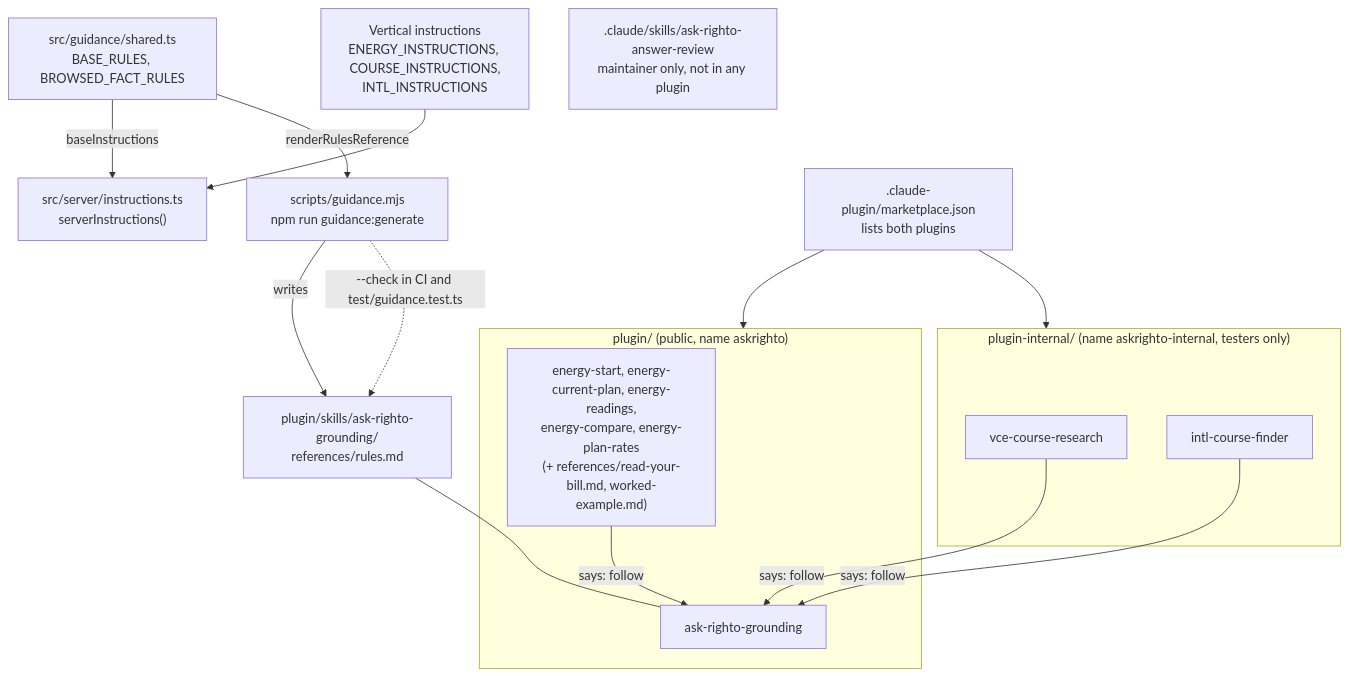
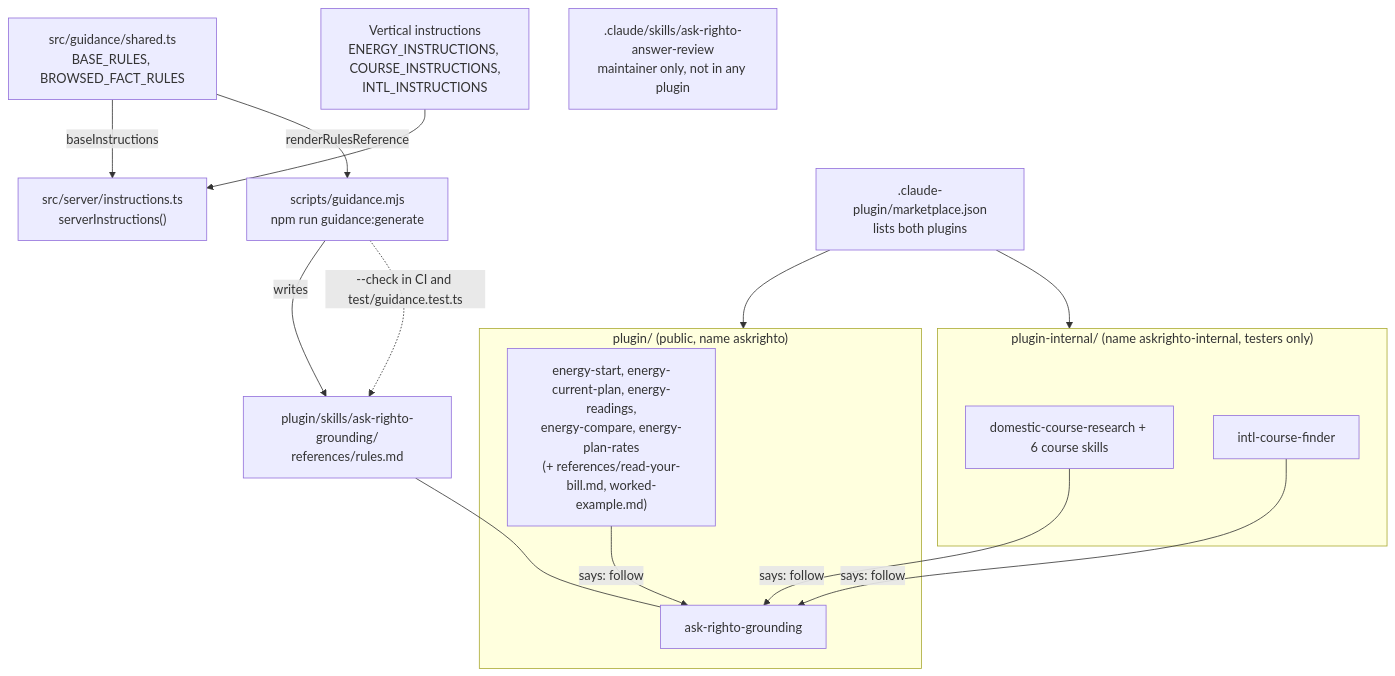
Before and after one commit to feimacode/askrighto: the first of 2 diagrams in docs/areas/skills-and-plugins.md, drawn with Mermaid. The commit also changed other lines of this file and 53 other files, not shown here.

First line of the commit message:
Build state-neutral admissions sources and the domestic course skills

````diff
--- a/docs/areas/skills-and-plugins.md
+++ b/docs/areas/skills-and-plugins.md
@@ -16,24 +16,24 @@
 ```mermaid
 flowchart TB
   SH["src/guidance/shared.ts<br/>BASE_RULES, BROWSED_FACT_RULES"] -->|baseInstructions| SI["src/server/instructions.ts<br/>serverInstructions()"]
   SH -->|renderRulesReference| GEN["scripts/guidance.mjs<br/>npm run guidance:generate"]
   GEN -->|writes| RULES["plugin/skills/ask-righto-grounding/<br/>references/rules.md"]
   GEN -.->|"--check in CI and test/guidance.test.ts"| RULES
   VI["Vertical instructions<br/>ENERGY_INSTRUCTIONS, COURSE_INSTRUCTIONS,<br/>INTL_INSTRUCTIONS"] --> SI
 
   subgraph PUB["plugin/ (public, name askrighto)"]
     G["ask-righto-grounding"]
     E["energy-start, energy-current-plan, energy-readings,<br/>energy-compare, energy-plan-rates<br/>(+ references/read-your-bill.md, worked-example.md)"]
   end
   subgraph INT["plugin-internal/ (name askrighto-internal, testers only)"]
-    V["vce-course-research"]
+    V["domestic-course-research + 6 course skills"]
     I["intl-course-finder"]
   end
   MKT[".claude-plugin/marketplace.json<br/>lists both plugins"] --> PUB
   MKT --> INT
   E -->|"says: follow"| G
   V -->|"says: follow"| G
   I -->|"says: follow"| G
   RULES --- G
   MAINT[".claude/skills/ask-righto-answer-review<br/>maintainer only, not in any plugin"]
 ```
````
